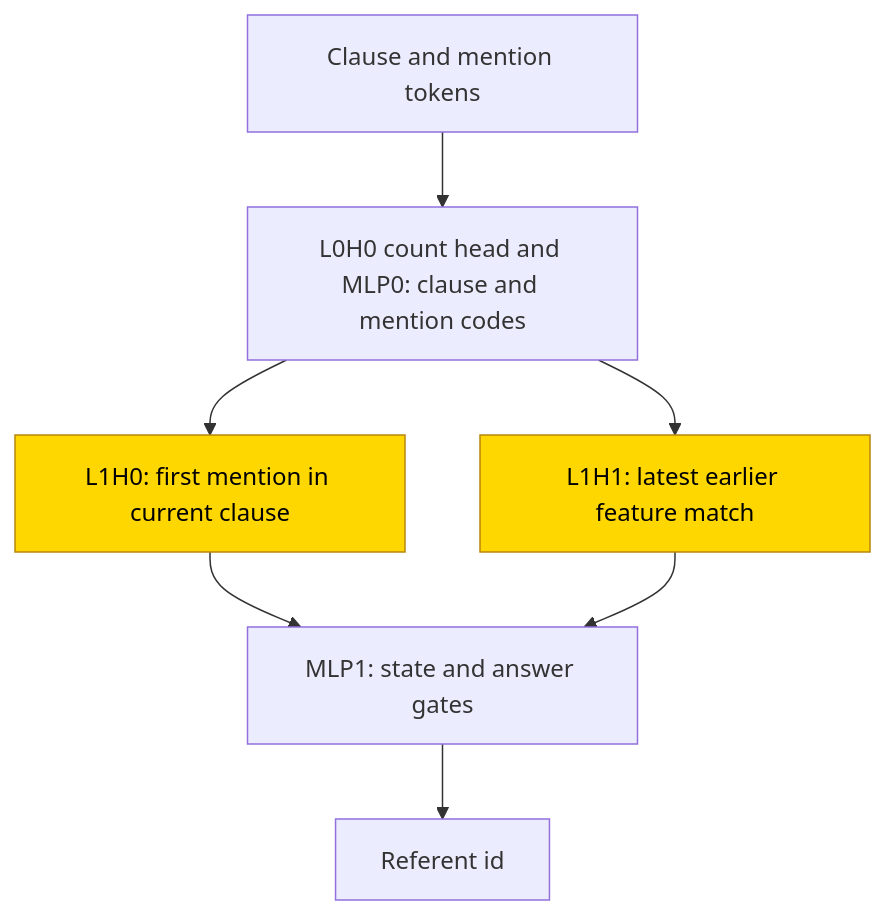
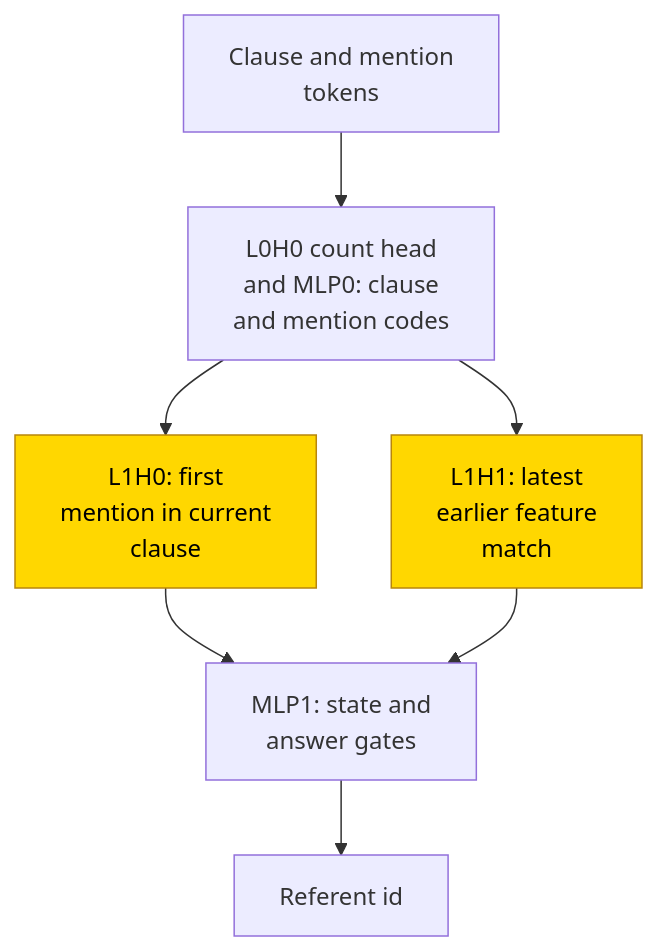
The first of 2 diagrams in entries/binding-coreference.md (jc1122/mechanistic-interpretability-circuit-atlas), drawn with Mermaid before and after one commit. The commit also changed 39 other files, not shown here.

````diff
--- a/entries/binding-coreference.md
+++ b/entries/binding-coreference.md
@@ -88,13 +88,13 @@
 ```mermaid
 flowchart TD
     accTitle: Hand-built subject and pronoun routes
     accDescr: Clause and mention codes feed separate heads for the current subject and the latest earlier feature match. The two heads are the trained PART stage; frozen gates write the referent identifier. The alternate HAND changes pronoun clause scoring.
-    X["Clause and mention tokens"] --> C["L0H0 count head and MLP0: clause and mention codes"]
-    C --> S["L1H0: first mention in current clause"]
-    C --> P["L1H1: latest earlier feature match"]
-    S --> M["MLP1: state and answer gates"]
+    X["Clause and mention<br/>tokens"] --> C["L0H0 count head<br/>and MLP0: clause<br/>and mention codes"]
+    C --> S["L1H0: first<br/>mention in current<br/>clause"]
+    C --> P["L1H1: latest<br/>earlier feature<br/>match"]
+    S --> M["MLP1: state and<br/>answer gates"]
     P --> M
     M --> Y["Referent id"]
     classDef trained fill:gold,stroke:darkgoldenrod,color:black
     class S,P trained
 ```
````
